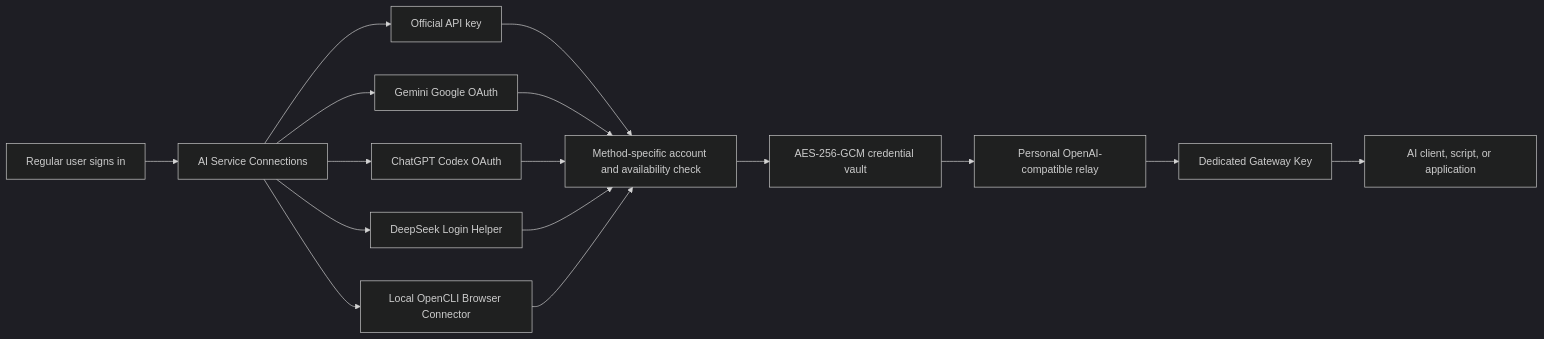
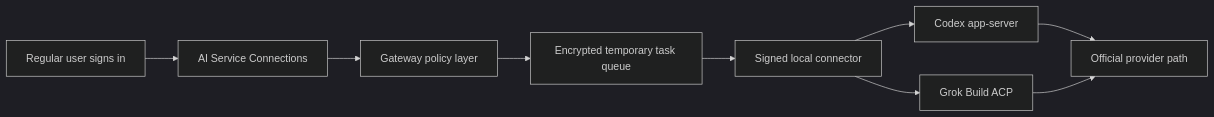
Before and after one commit to yaojingang/TokHub: the diagram in docs/README.en.md, drawn with Mermaid (dark theme). The commit also changed other lines of this file and 18 other files, not shown here.

````diff
--- a/docs/README.en.md
+++ b/docs/README.en.md
@@ -44,18 +44,11 @@
 ```mermaid
 flowchart LR
     A["Regular user signs in"] --> B["AI Service Connections"]
-    B --> C1["Official API key"]
-    B --> C2["Gemini Google OAuth"]
-    B --> C3["ChatGPT Codex OAuth"]
-    B --> C4["DeepSeek Login Helper"]
-    B --> C5["Local OpenCLI Browser Connector"]
-    C1 --> D["Method-specific account and availability check"]
-    C2 --> D
-    C3 --> D
-    C4 --> D
-    C5 --> D
-    D --> E["AES-256-GCM credential vault"]
-    E --> F["Personal OpenAI-compatible relay"]
-    F --> G["Dedicated Gateway Key"]
-    G --> H["AI client, script, or application"]
+    B --> C["Gateway policy layer"]
+    C --> D["Encrypted temporary task queue"]
+    D --> E["Signed local connector"]
+    E --> F["Codex app-server"]
+    E --> G["Grok Build ACP"]
+    F --> H["Official provider path"]
+    G --> H
 ```
````
